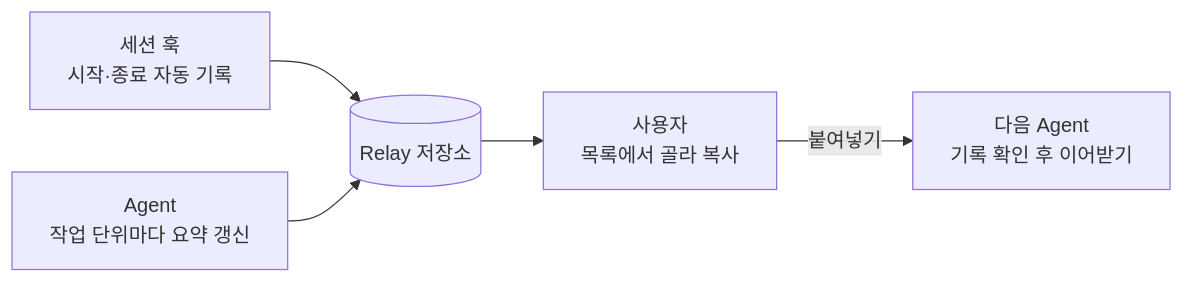
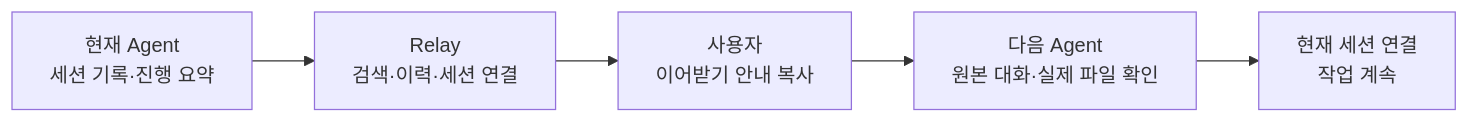
Before and after one commit to ChanuuDev/relay: the diagram in README.md, drawn with Mermaid. The commit also changed other lines of this file, not shown here.

````diff
--- a/README.md
+++ b/README.md
@@ -7,7 +122,7 @@
 ```mermaid
 flowchart LR
-    H["세션 훅<br/>시작·종료 자동 기록"] --> DB[("Relay 저장소")]
-    A["Agent<br/>작업 단위마다 요약 갱신"] --> DB
-    DB --> U["사용자<br/>목록에서 골라 복사"]
-    U -->|"붙여넣기"| B["다음 Agent<br/>기록 확인 후 이어받기"]
+    A["현재 Agent<br/>세션 기록·진행 요약"] --> R["Relay<br/>검색·이력·세션 연결"]
+    R --> U["사용자<br/>이어받기 안내 복사"]
+    U --> B["다음 Agent<br/>원본 대화·실제 파일 확인"]
+    B --> C["현재 세션 연결<br/>작업 계속"]
 ```
````
